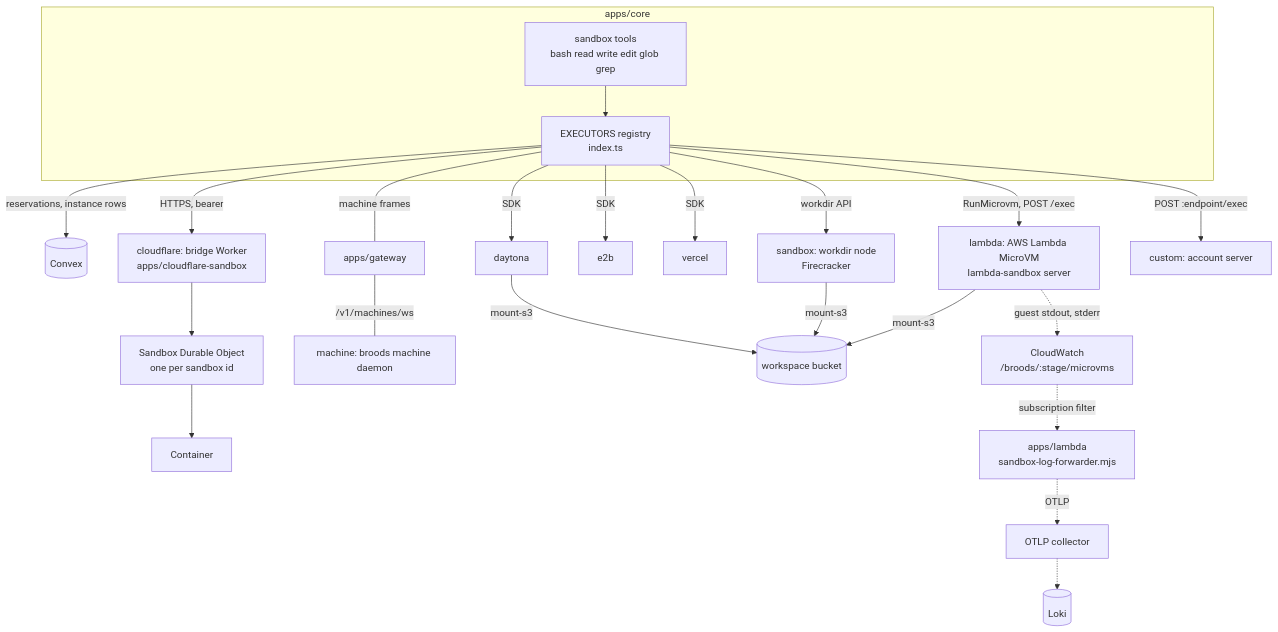
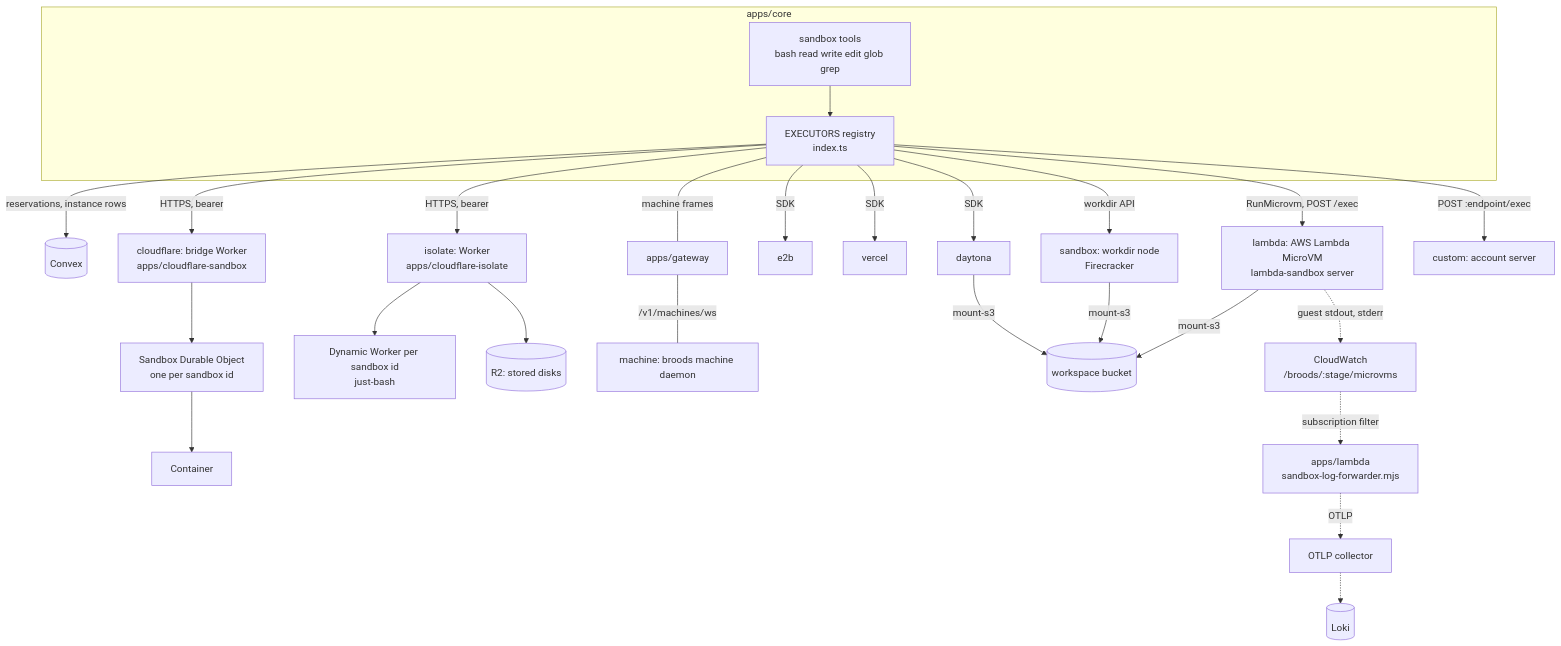
One commit to beeblastco/broods changed the first of 22 diagrams in apps/docs/docs/internals/sandboxes.md. Above: the diagram before and after it, drawn with Mermaid. The commit also changed other lines of this file and 19 other files, not shown here.

First line of the commit message:
feat(cloudflare-isolate): bash in a V8 isolate as a sandbox Worker

````diff
--- a/apps/docs/docs/internals/sandboxes.md
+++ b/apps/docs/docs/internals/sandboxes.md
@@ -9,26 +9,29 @@
 ```mermaid
 flowchart TB
   subgraph core["apps/core"]
     TOOLS["sandbox tools<br/>bash read write edit glob grep"] --> REG["EXECUTORS registry<br/>index.ts"]
   end
   REG -->|"reservations, instance rows"| CVX[("Convex")]
 
   REG -->|"RunMicrovm, POST /exec"| MVM["lambda: AWS Lambda MicroVM<br/>lambda-sandbox server"]
   REG -->|"workdir API"| WD["sandbox: workdir node<br/>Firecracker"]
   REG -->|"SDK"| DAY["daytona"]
   REG -->|"SDK"| E2B["e2b"]
   REG -->|"SDK"| VER["vercel"]
   REG -->|"HTTPS, bearer"| CFW["cloudflare: bridge Worker<br/>apps/cloudflare-sandbox"]
   CFW --> DO["Sandbox Durable Object<br/>one per sandbox id"] --> CT["Container"]
+  REG -->|"HTTPS, bearer"| ISO["isolate: Worker<br/>apps/cloudflare-isolate"]
+  ISO --> DW["Dynamic Worker per sandbox id<br/>just-bash"]
+  ISO --> R2[("R2: stored disks")]
   REG ---|"machine frames"| GW["apps/gateway"]
   GW ---|"/v1/machines/ws"| DAEMON["machine: broods machine daemon"]
   REG -->|"POST :endpoint/exec"| CUSTOM["custom: account server"]
 
   MVM -->|"mount-s3"| S3[("workspace bucket")]
   WD -->|"mount-s3"| S3
   DAY -->|"mount-s3"| S3
 
   MVM -.->|"guest stdout, stderr"| CW["CloudWatch<br/>/broods/:stage/microvms"]
   CW -.->|"subscription filter"| FWD["apps/lambda<br/>sandbox-log-forwarder.mjs"]
   FWD -.->|"OTLP"| COL["OTLP collector"] -.-> LOKI[("Loki")]
 ```
````
